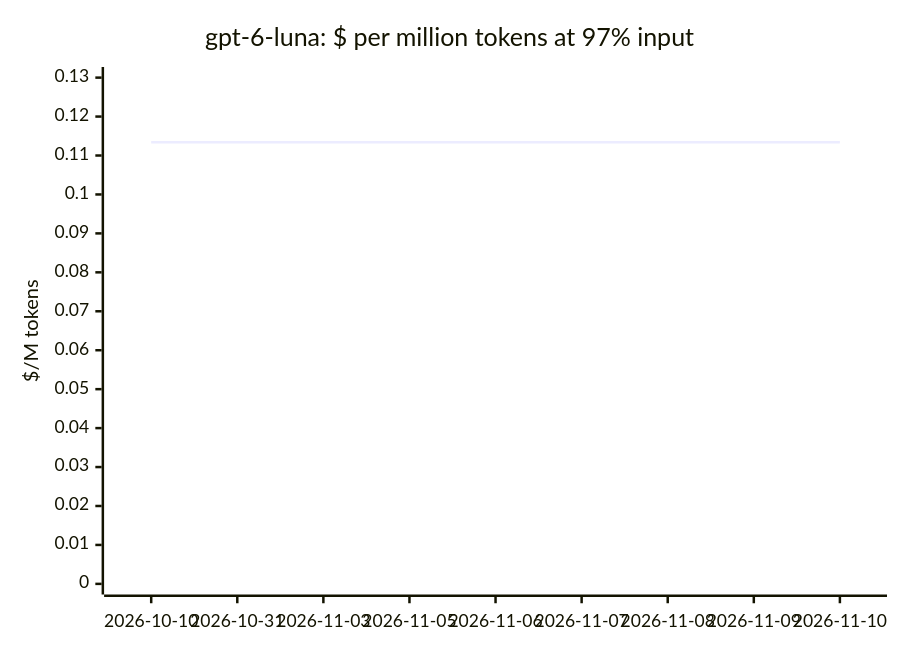
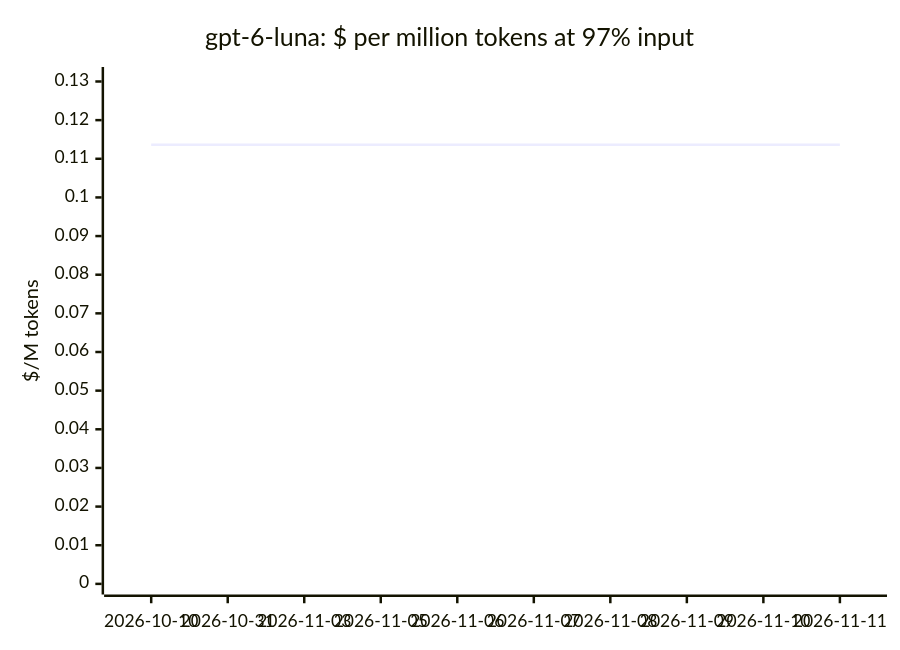
Before and after one commit to cklukas/OMEGA_TRANSFORM: diagram 13 of 19 in docs/openrouter-models.md, drawn with Mermaid. The commit also changed other lines of this file and 43 other files, not shown here.

````diff
--- a/docs/openrouter-models.md
+++ b/docs/openrouter-models.md
@@ -248,7 +248,7 @@
 ```mermaid
 xychart-beta
     title "gpt-6-luna: $ per million tokens at 97% input"
-    x-axis ["2026-10-10", "2026-10-31", "2026-11-03", "2026-11-05", "2026-11-06", "2026-11-07", "2026-11-08", "2026-11-09", "2026-11-10"]
-    y-axis "$/M tokens" 0 --> 0.13
-    line [0.1134, 0.1134, 0.1134, 0.1134, 0.1134, 0.1134, 0.1134, 0.1134, 0.1134]
+    x-axis ["2026-10-10", "2026-10-31", "2026-11-03", "2026-11-05", "2026-11-06", "2026-11-07", "2026-11-08", "2026-11-09", "2026-11-10", "2026-11-11"]
+    y-axis "$/M tokens" 0 --> 0.131
+    line [0.1136, 0.1136, 0.1136, 0.1136, 0.1136, 0.1136, 0.1136, 0.1136, 0.1136, 0.1136]
 ```
````
